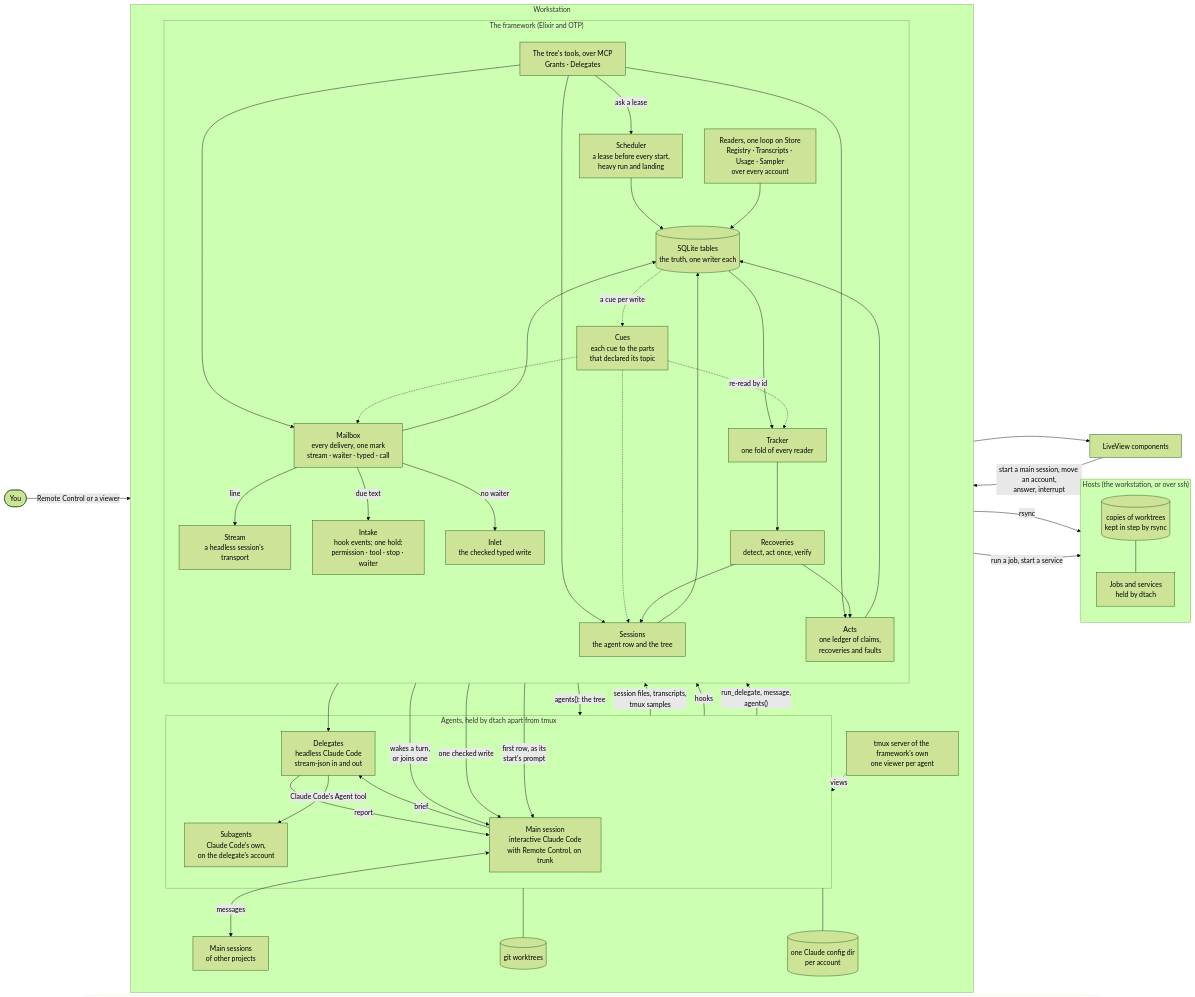
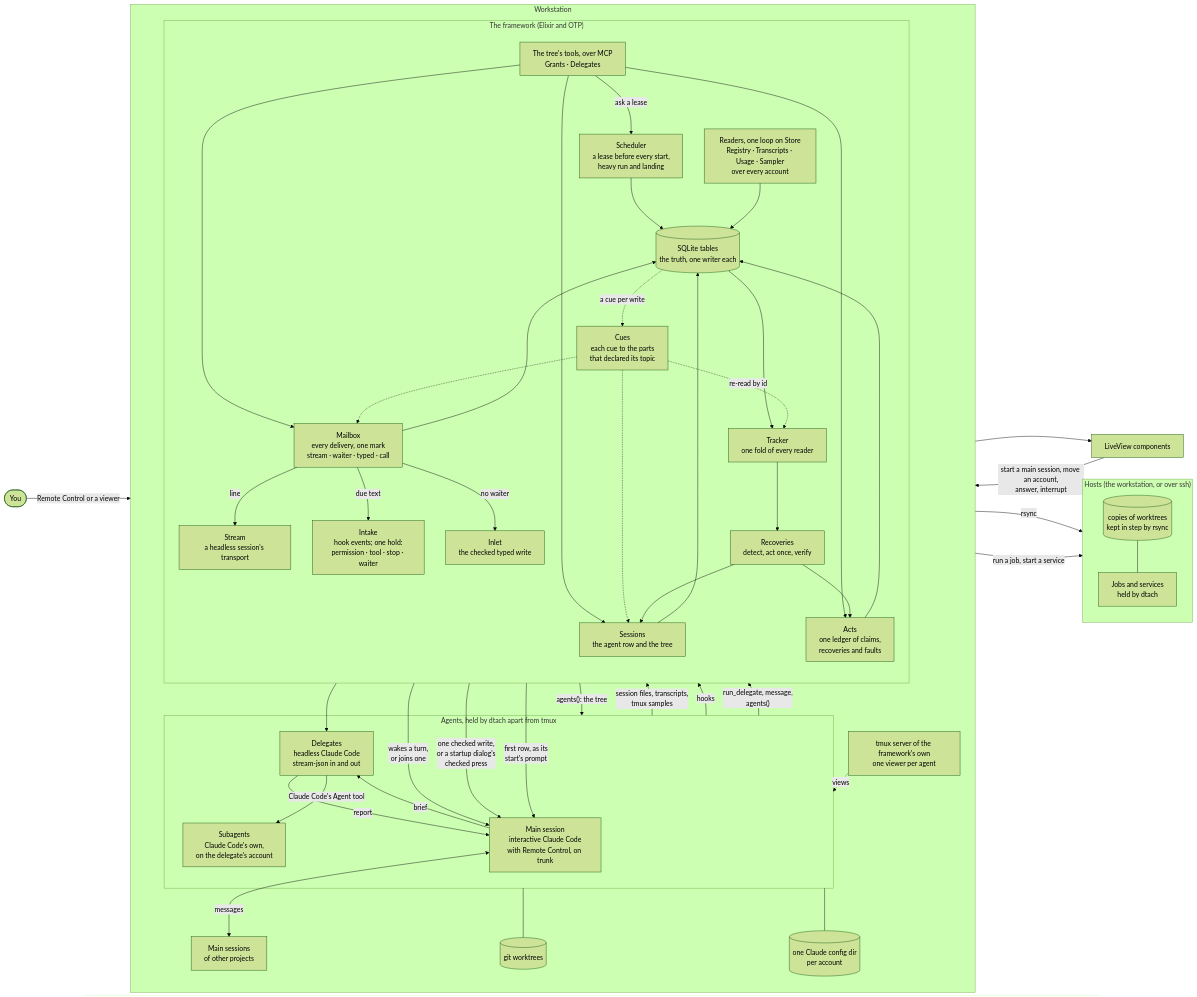
Before and after one commit to SushyDev/coding_agent_framework: the first of 2 diagrams in README.md, drawn with Mermaid (forest theme). The commit also changed other lines of this file and 30 other files, not shown here.

First line of the commit message:
F-140: startup dialogs: read, shown to a person, answered by them, modeled in Dialog.tla

```diff
--- a/README.md
+++ b/README.md
@@ -94,7 +94,7 @@
   mailbox -->|no waiter| inlet
   stream --> delegate
   intake -->|wakes a turn,<br/>or joins one| main
-  inlet -->|one checked write| main
+  inlet -->|one checked write,<br/>or a startup dialog's<br/>checked press| main
   sessions -->|first row, as its<br/>start's prompt| main
   readers --> db
   sessions --> db
```
